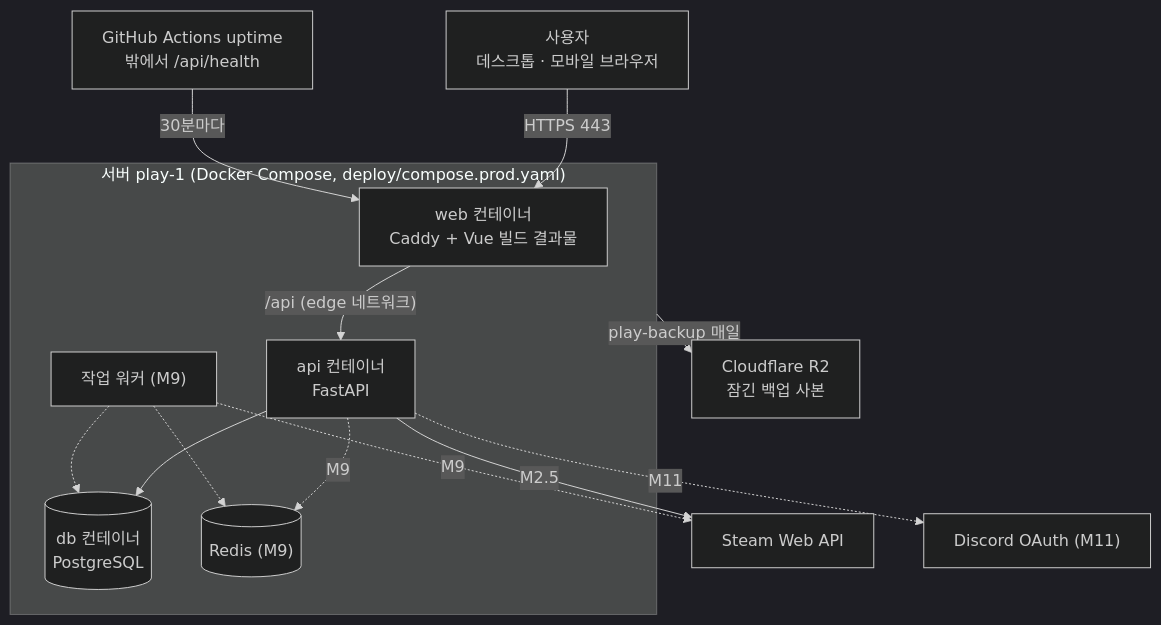
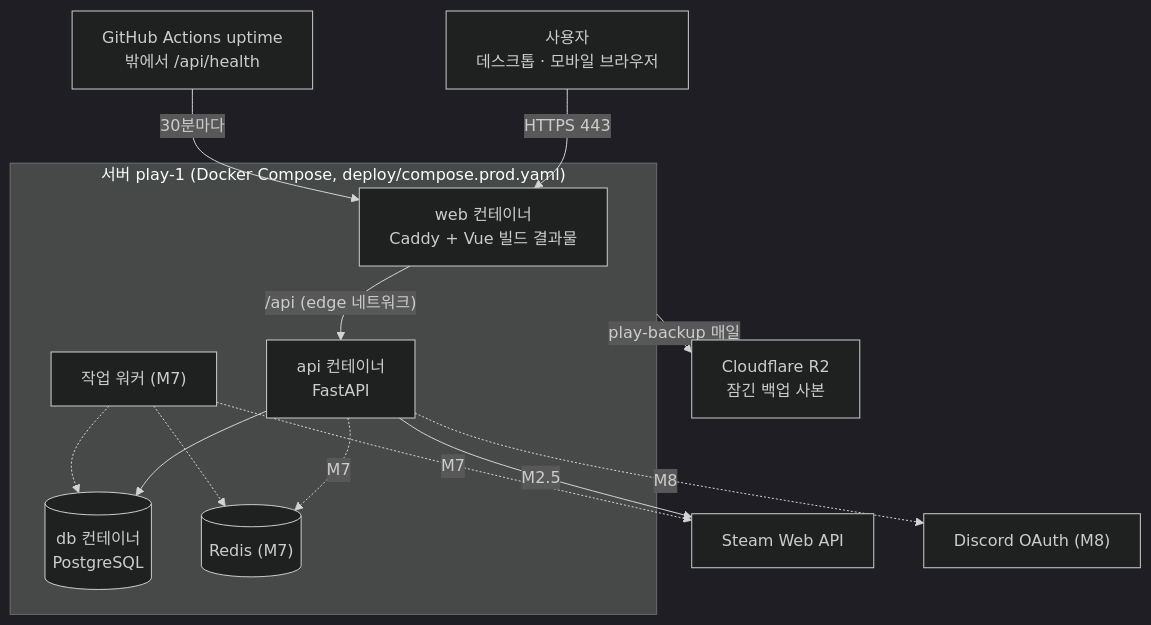
The first of 10 diagrams in docs/ARCHITECTURE.md (sagming40/PlayLedger), drawn with Mermaid (dark theme) before and after one commit. The commit also changed other lines of this file and 18 other files, not shown here.

````diff
--- a/docs/ARCHITECTURE.md
+++ b/docs/ARCHITECTURE.md
@@ -12,29 +12,29 @@
 ```mermaid
 flowchart TB
     User["사용자<br/>데스크톱 · 모바일 브라우저"]
 
     subgraph Host["서버 play-1 (Docker Compose, deploy/compose.prod.yaml)"]
         Web["web 컨테이너<br/>Caddy + Vue 빌드 결과물"]
         API["api 컨테이너<br/>FastAPI"]
         DB[("db 컨테이너<br/>PostgreSQL")]
-        Worker["작업 워커 (M9)"]
-        Redis[("Redis (M9)")]
+        Worker["작업 워커 (M7)"]
+        Redis[("Redis (M7)")]
     end
 
     Steam["Steam Web API"]
-    Discord["Discord OAuth (M11)"]
+    Discord["Discord OAuth (M8)"]
     R2["Cloudflare R2<br/>잠긴 백업 사본"]
     Uptime["GitHub Actions uptime<br/>밖에서 /api/health"]
 
     User -->|"HTTPS 443"| Web
     Web -->|"/api (edge 네트워크)"| API
     API --> DB
-    API -.->|"M9"| Redis
+    API -.->|"M7"| Redis
     Worker -.-> Redis
     Worker -.-> DB
     API -->|"M2.5"| Steam
-    Worker -.->|"M9"| Steam
-    API -.->|"M11"| Discord
+    Worker -.->|"M7"| Steam
+    API -.->|"M8"| Discord
     Host -->|"play-backup 매일"| R2
     Uptime -->|"30분마다"| Web
 ```
````
